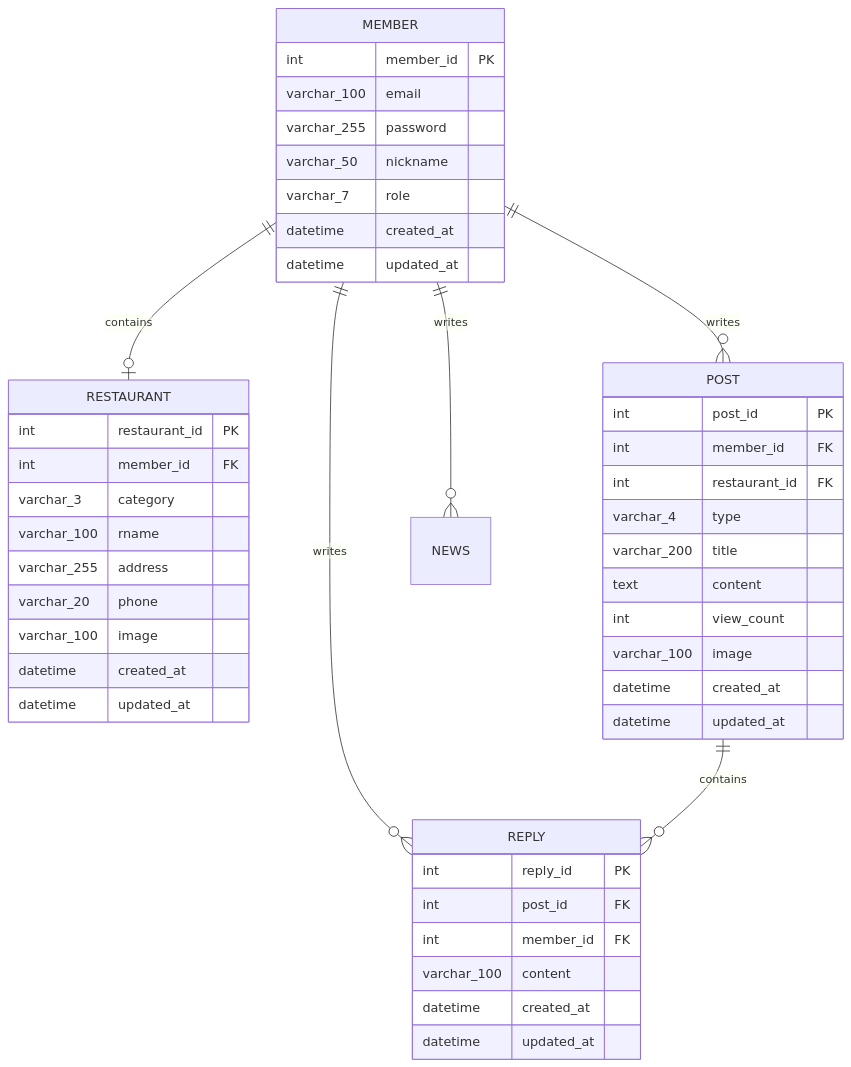
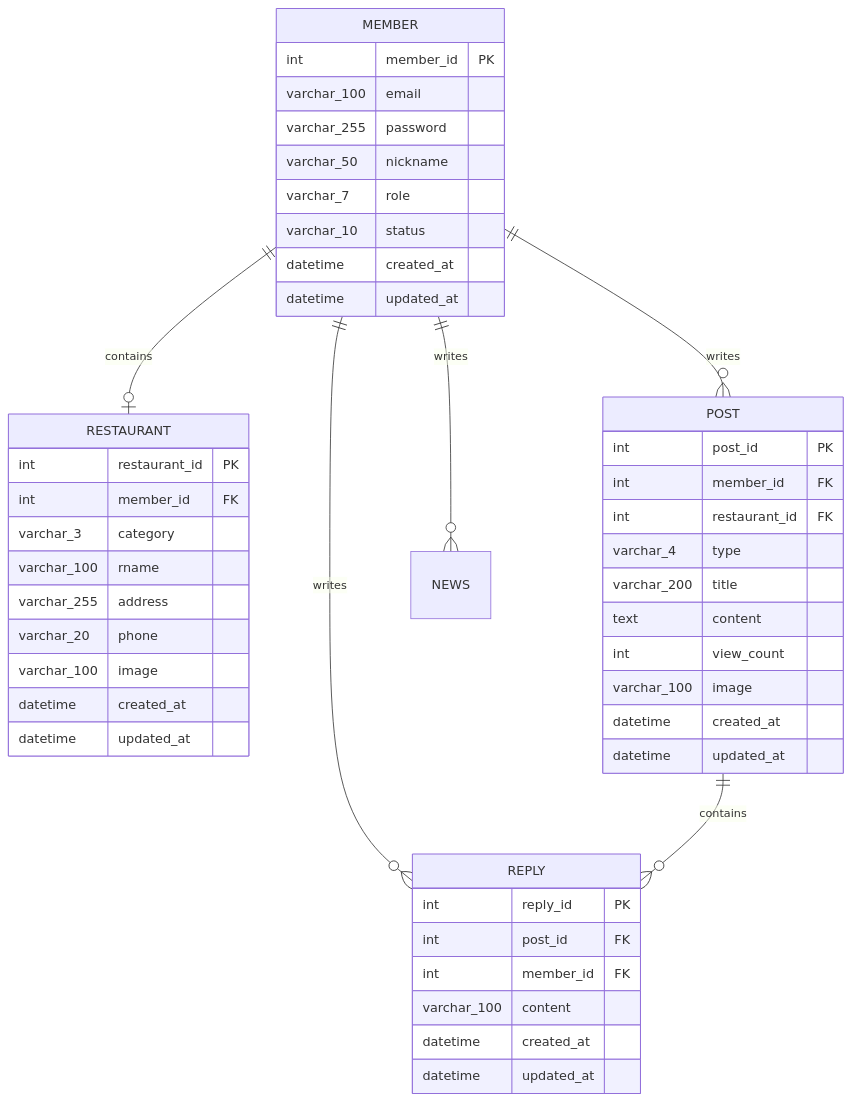
One commit to Vioeon/byte_and_bite changed the diagram in docs/02_design/02_erd.md. Above: the diagram before and after it, drawn with Mermaid. The commit also changed other lines of this file and 7 other files, not shown here.

Commit message:
Docs: erd 수정 및 member테이블 status컬럼 추가

````diff
--- a/docs/02_design/02_erd.md
+++ b/docs/02_design/02_erd.md
@@ -13,52 +13,53 @@
 ```mermaid
 erDiagram
     MEMBER ||--o| RESTAURANT : contains
     MEMBER ||--o{ POST : writes
     MEMBER ||--o{ REPLY : writes
     MEMBER ||--o{ NEWS : writes
     POST ||--o{ REPLY : contains
 
     MEMBER {
         int member_id PK
         varchar_100 email
         varchar_255 password
         varchar_50 nickname
         varchar_7 role
+        varchar_10 status
         datetime created_at
         datetime updated_at
     }
     
     RESTAURANT {
         int restaurant_id PK
         int member_id FK
         varchar_3 category
         varchar_100 rname
         varchar_255 address
         varchar_20 phone
         varchar_100 image
         datetime created_at
         datetime updated_at
     }
 
     POST {
         int post_id PK
         int member_id FK
         int restaurant_id FK
         varchar_4 type
         varchar_200 title
         text content
         int view_count
         varchar_100 image
         datetime created_at
         datetime updated_at
     }
 
     REPLY {
         int reply_id PK
         int post_id FK
         int member_id FK
         varchar_100 content
         datetime created_at
         datetime updated_at
     }
 ```
````
